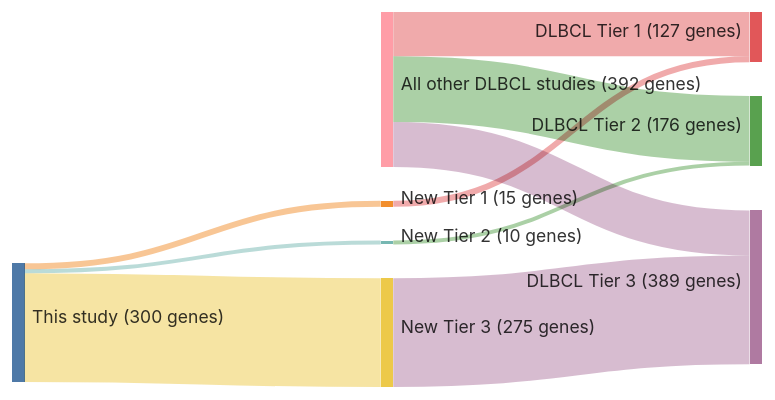
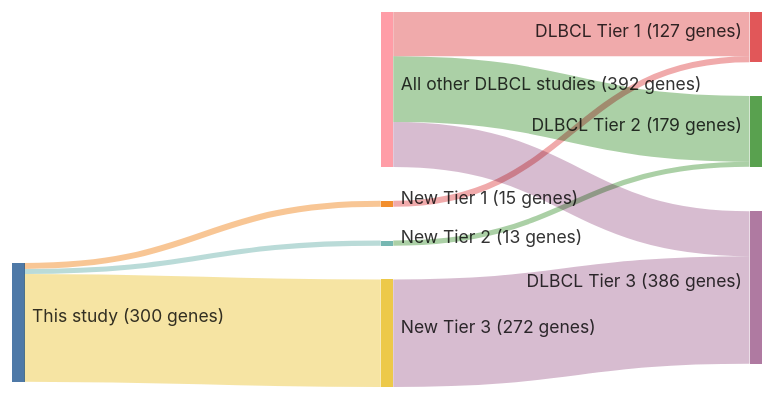
One commit to morinlab/lymphopedia changed the diagram in papers/zhangGeneticHeterogeneityDiffuse2013.md. Above: the diagram before and after it, drawn with Mermaid. The commit also changed other lines of this file and 1 other file, not shown here.

````diff
--- a/papers/zhangGeneticHeterogeneityDiffuse2013.md
+++ b/papers/zhangGeneticHeterogeneityDiffuse2013.md
@@ -12,23 +12,23 @@
 ```mermaid
 ---
 config:
     sankey:
         showValues: true
         linkColor: target
         width: 600
         height: 300
         nodeAlignment: right
         prefix: '('
         suffix: ' genes)'
 ---
 sankey-beta
 This study, New Tier 1, 15
 New Tier 1, DLBCL Tier 1, 15
-This study, New Tier 2, 10
-New Tier 2, DLBCL Tier 2, 10
-This study, New Tier 3, 275
-New Tier 3, DLBCL Tier 3, 275
+This study, New Tier 2, 13
+New Tier 2, DLBCL Tier 2, 13
+This study, New Tier 3, 272
+New Tier 3, DLBCL Tier 3, 272
 All other DLBCL studies, DLBCL Tier 1, 112
 All other DLBCL studies, DLBCL Tier 2, 166
 All other DLBCL studies, DLBCL Tier 3, 114
 ```
````
